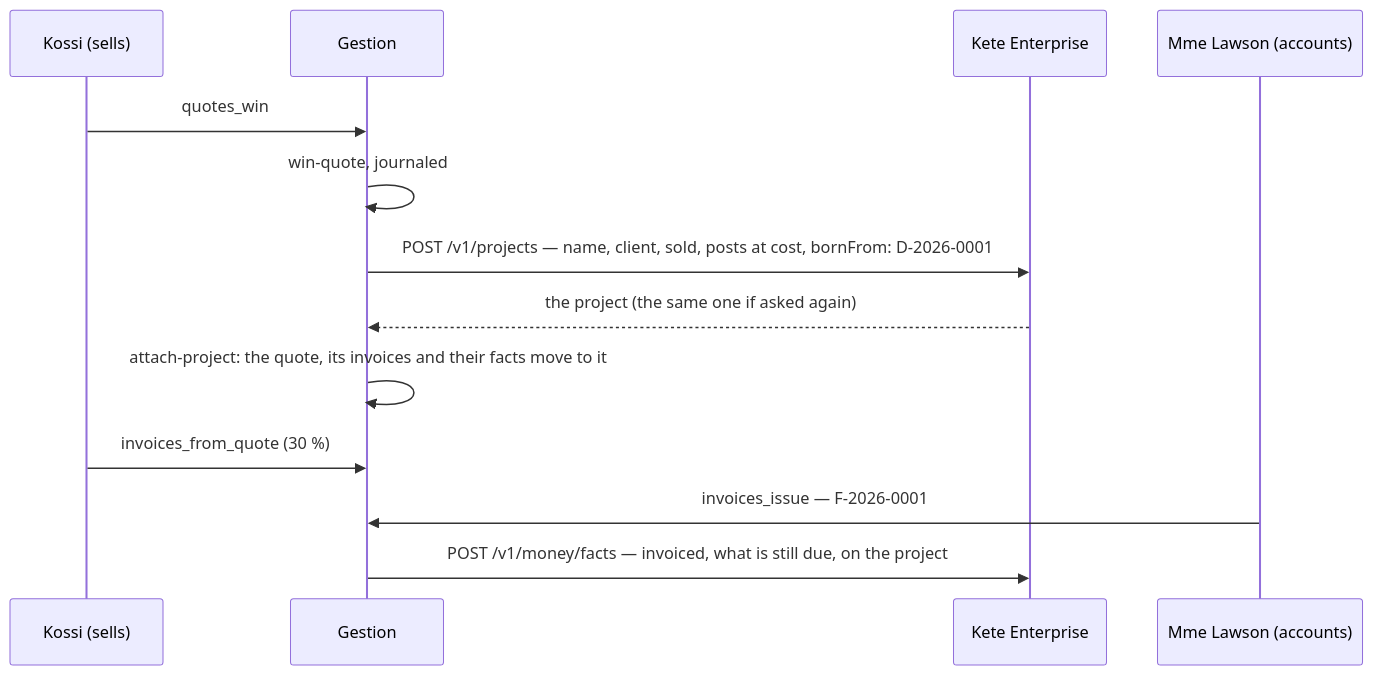
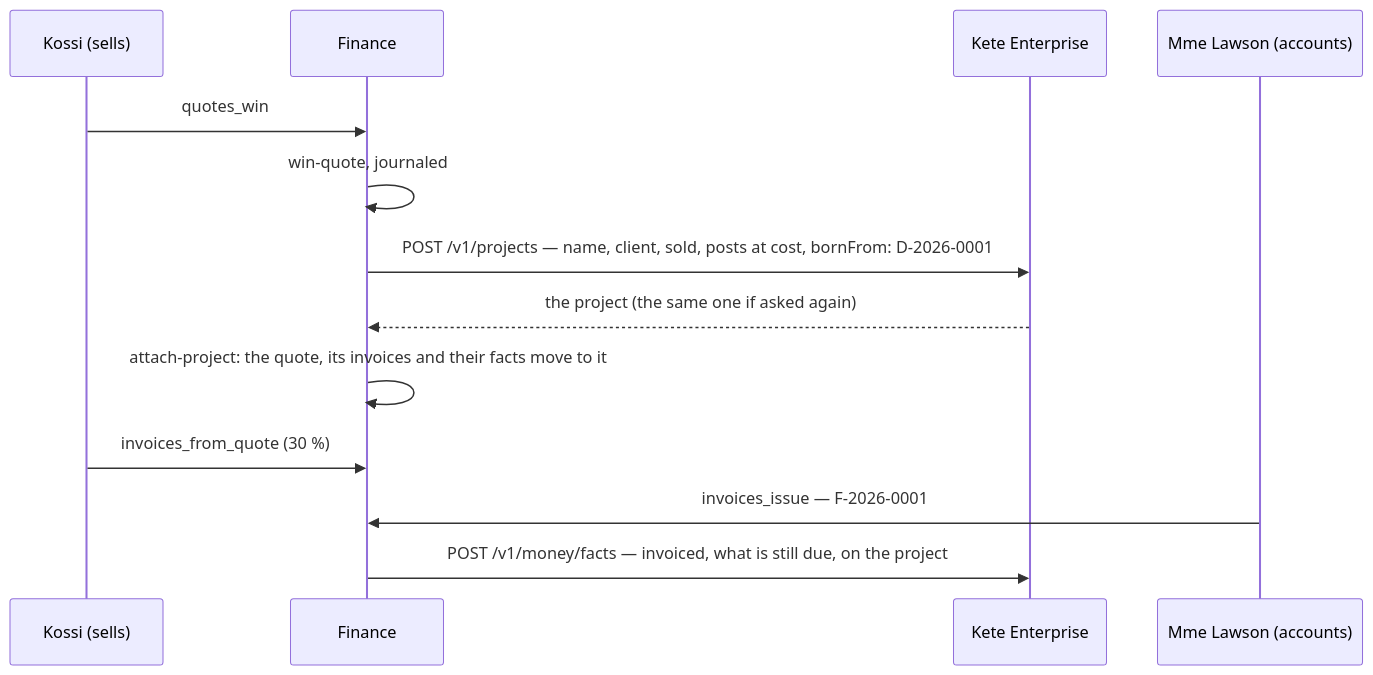
The diagram in docs/flows/a-won-quote-opens-its-project.md (kete-africa/kete-finance), drawn with Mermaid before and after one commit. The commit also changed 18 other files, not shown here.

````diff
--- a/docs/flows/a-won-quote-opens-its-project.md
+++ b/docs/flows/a-won-quote-opens-its-project.md
@@ -3,15 +3,15 @@
 ```mermaid
 sequenceDiagram
   participant K as Kossi (sells)
-  participant G as Gestion
+  participant G as Finance
   participant E as Kete Enterprise
   participant L as Mme Lawson (accounts)
   K->>G: quotes_win
   G->>G: win-quote, journaled
   G->>E: POST /v1/projects — name, client, sold, posts at cost, bornFrom: D-2026-0001
   E-->>G: the project (the same one if asked again)
   G->>G: attach-project: the quote, its invoices and their facts move to it
   K->>G: invoices_from_quote (30 %)
   L->>G: invoices_issue — F-2026-0001
   G->>E: POST /v1/money/facts — invoiced, what is still due, on the project
 ```
````
